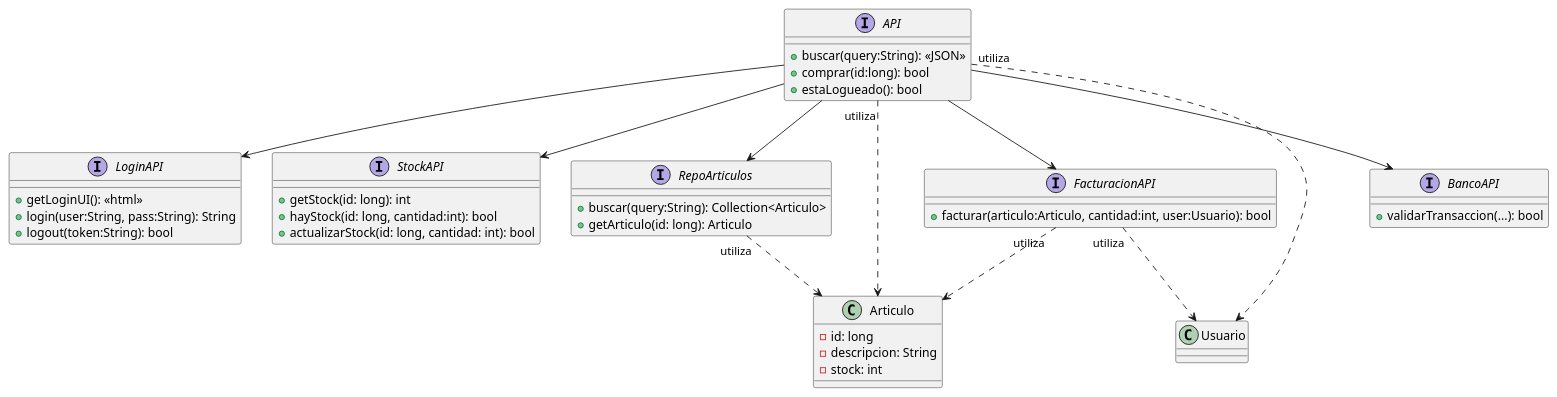
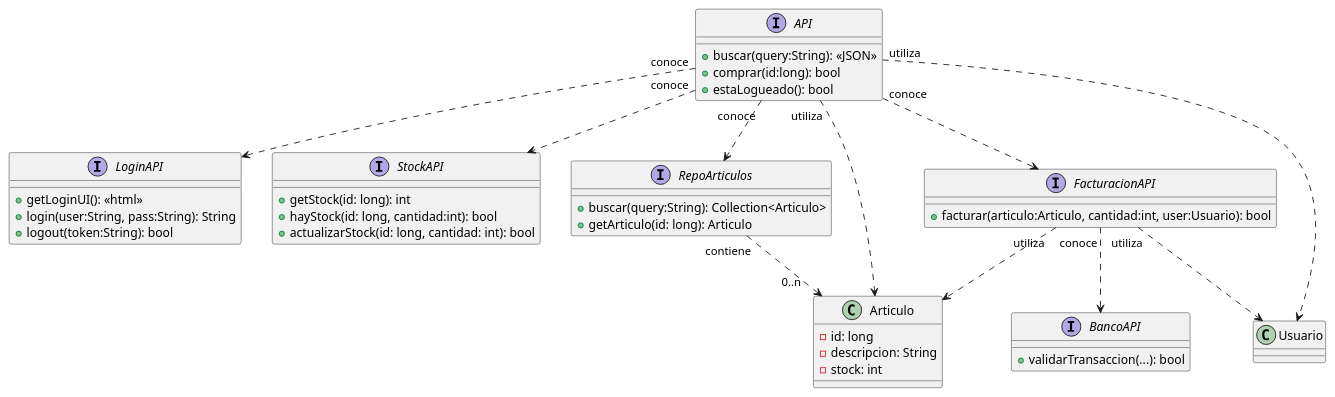
Before and after one commit to alejandroleoz/EjemploUML: the diagram in uml/clases_Completo.puml, drawn with PlantUML. The commit also changed 3 other files, not shown here.

Commit message:
Changes in uml diagrams (plant and img)

```diff
--- a/uml/clases_Completo.puml
+++ b/uml/clases_Completo.puml
@@ -1,55 +1,55 @@
 @startuml
 
 interface API {
     + buscar(query:String): <<JSON>>
     + comprar(id:long): bool
     + estaLogueado(): bool
 }
 
 interface LoginAPI {
     + getLoginUI(): <<html>>
     + login(user:String, pass:String): String
     + logout(token:String): bool
 }
 
 interface StockAPI {
     + getStock(id: long): int
     + hayStock(id: long, cantidad:int): bool
     + actualizarStock(id: long, cantidad: int): bool
 }
 
 interface RepoArticulos {
     + buscar(query:String): Collection<Articulo>
     + getArticulo(id: long): Articulo
 }
 
 class Articulo {
     - id: long
     - descripcion: String
     - stock: int
 }
 
 class Usuario {
 }
 
 interface FacturacionAPI {
     + facturar(articulo:Articulo, cantidad:int, user:Usuario): bool
 }
 
 interface BancoAPI {
     + validarTransaccion(...): bool
 }
 
-API --> LoginAPI
-API --> StockAPI
-API --> RepoArticulos
-API --> FacturacionAPI
-API --> BancoAPI
-RepoArticulos "utiliza" ..> Articulo
+API "conoce" ..> LoginAPI
+API "conoce" ..> StockAPI
+API "conoce" ..> RepoArticulos
+API "conoce" ..> FacturacionAPI
+RepoArticulos "contiene" ..> "0..n    " Articulo
+FacturacionAPI "conoce" ..> BancoAPI
 FacturacionAPI "utiliza" ..> Articulo
 FacturacionAPI "utiliza" ..> Usuario
 API "utiliza" ..> Articulo
 API "utiliza" ..> Usuario
 
 
 @enduml
```
